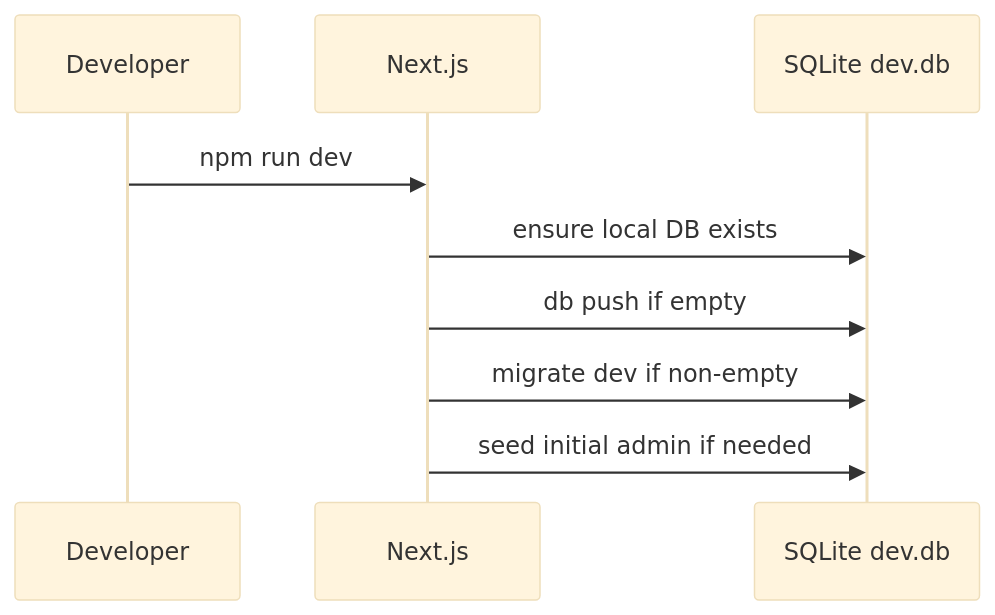
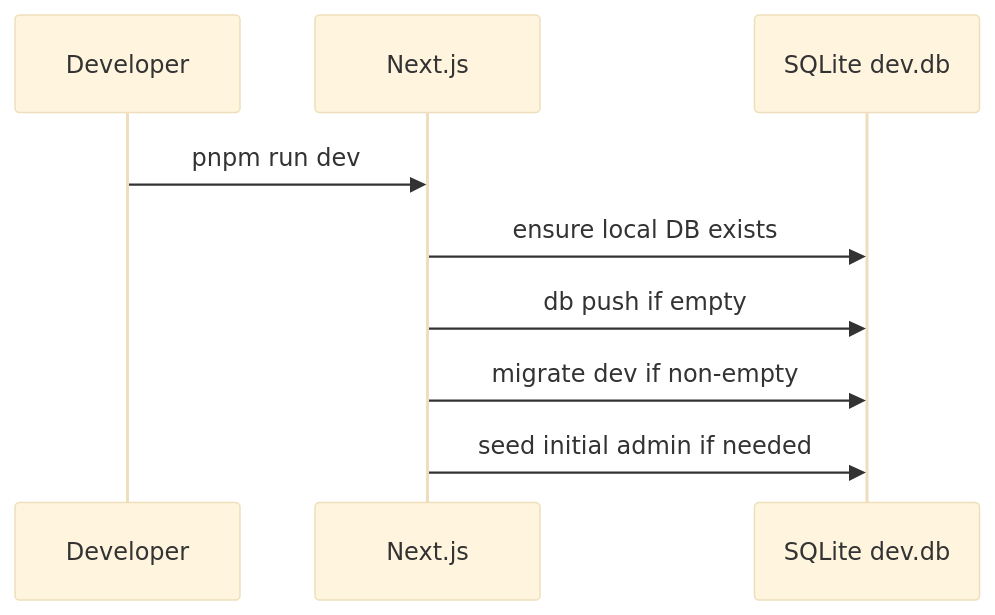
The first of 2 diagrams in specs/base/runtime-and-ops.md (TKlerx/webapp-template), drawn with Mermaid (base theme) before and after one commit. The commit also changed other lines of this file and 185 other files, not shown here.

````diff
--- a/specs/base/runtime-and-ops.md
+++ b/specs/base/runtime-and-ops.md
@@ -20,12 +20,12 @@
 ```mermaid
 sequenceDiagram
     participant Dev as Developer
     participant App as Next.js
     participant DB as SQLite dev.db
 
-    Dev->>App: npm run dev
+    Dev->>App: pnpm run dev
     App->>DB: ensure local DB exists
     App->>DB: db push if empty
     App->>DB: migrate dev if non-empty
     App->>DB: seed initial admin if needed
 ```
````
